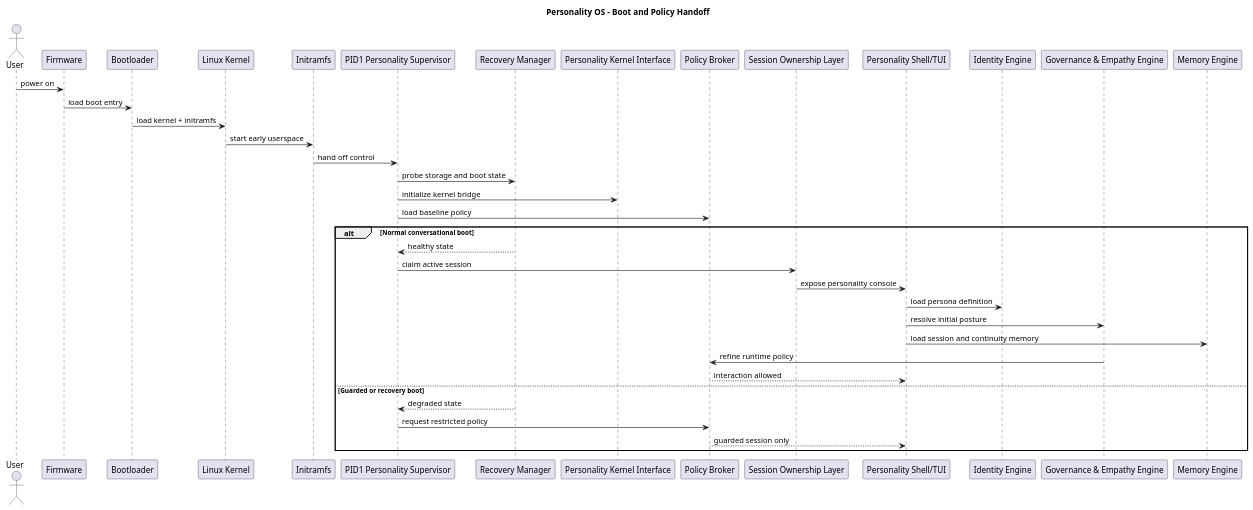
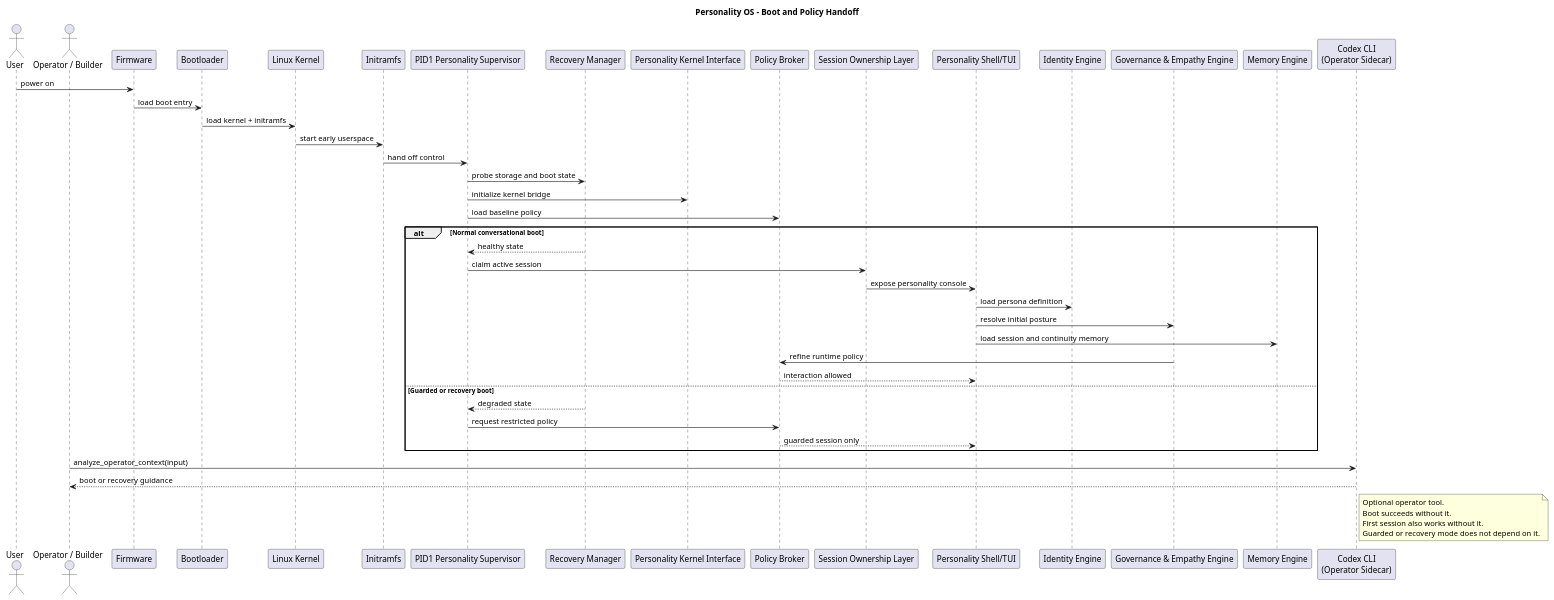
One commit to 3bu1/personaos changed the second of 3 diagrams in docs/architecture/personality-os-architecture-v0.2.puml. Above: the diagram before and after it, drawn with PlantUML. The commit also changed other lines of this file and 3 other files, not shown here.

Commit message:
Enhance Personality OS architecture documentation with Operator Tooling details and Codex CLI integration

```diff
--- a/docs/architecture/personality-os-architecture-v0.2.puml
+++ b/docs/architecture/personality-os-architecture-v0.2.puml
@@ -111,44 +129,56 @@
 @startuml
 skinparam shadowing false
 title Personality OS - Boot and Policy Handoff
 
 actor User
+actor "Operator / Builder" as Operator2
 participant "Firmware" as FW2
 participant "Bootloader" as BL2
 participant "Linux Kernel" as K2
 participant "Initramfs" as IR2
 participant "PID1 Personality Supervisor" as PID2
 participant "Recovery Manager" as RM2
 participant "Personality Kernel Interface" as PKI2
 participant "Policy Broker" as Broker2
 participant "Session Ownership Layer" as SOL2
 participant "Personality Shell/TUI" as Shell2
 participant "Identity Engine" as Identity2
 participant "Governance & Empathy Engine" as Gov2
 participant "Memory Engine" as Memory2
+participant "Codex CLI\n(Operator Sidecar)" as Codex2
 
 User -> FW2 : power on
 FW2 -> BL2 : load boot entry
 BL2 -> K2 : load kernel + initramfs
 K2 -> IR2 : start early userspace
 IR2 -> PID2 : hand off control
 
 PID2 -> RM2 : probe storage and boot state
 PID2 -> PKI2 : initialize kernel bridge
 PID2 -> Broker2 : load baseline policy
 
 alt Normal conversational boot
   RM2 --> PID2 : healthy state
   PID2 -> SOL2 : claim active session
   SOL2 -> Shell2 : expose personality console
   Shell2 -> Identity2 : load persona definition
   Shell2 -> Gov2 : resolve initial posture
   Shell2 -> Memory2 : load session and continuity memory
   Gov2 -> Broker2 : refine runtime policy
   Broker2 --> Shell2 : interaction allowed
 else Guarded or recovery boot
   RM2 --> PID2 : degraded state
   PID2 -> Broker2 : request restricted policy
   Broker2 --> Shell2 : guarded session only
 end
+
+Operator2 -> Codex2 : analyze_operator_context(input)
+Codex2 --> Operator2 : boot or recovery guidance
+
+note right of Codex2
+Optional operator tool.
+Boot succeeds without it.
+First session also works without it.
+Guarded or recovery mode does not depend on it.
+end note
 @enduml
```
